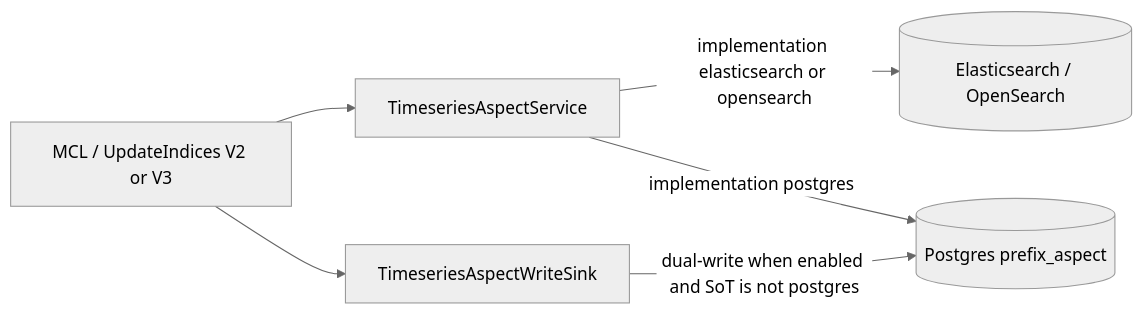
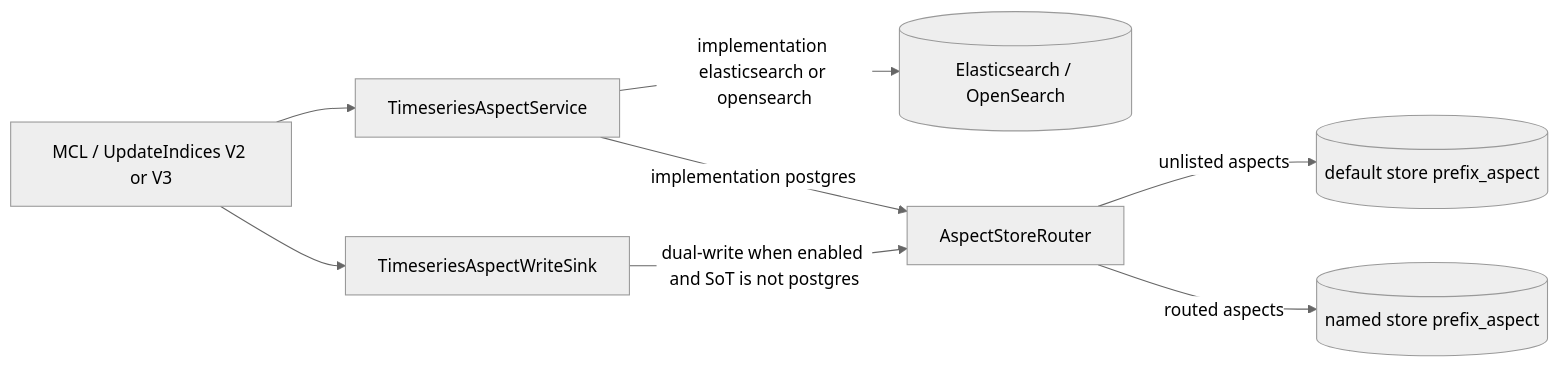
One commit to datahub-project/datahub changed the first of 2 diagrams in docs/pgtimeseries-design.md. Above: the diagram before and after it, drawn with Mermaid (neutral theme). The commit also changed other lines of this file and 30 other files, not shown here.

First line of the commit message:
feat(postgres): add multi-store pgTimeseries with aspect routing

````diff
--- a/docs/pgtimeseries-design.md
+++ b/docs/pgtimeseries-design.md
@@ -39,14 +40,18 @@
 ```mermaid
 flowchart LR
   MCL[MCL / UpdateIndices V2 or V3]
   TAS[TimeseriesAspectService]
   Sink[TimeseriesAspectWriteSink]
   ES[(Elasticsearch / OpenSearch)]
-  PG[(Postgres prefix_aspect)]
+  Router[AspectStoreRouter]
+  PG1[(default store prefix_aspect)]
+  PG2[(named store prefix_aspect)]
 
   MCL --> TAS
   MCL --> Sink
   TAS -->|implementation elasticsearch or opensearch| ES
-  TAS -->|implementation postgres| PG
-  Sink -->|dual-write when enabled and SoT is not postgres| PG
+  TAS -->|implementation postgres| Router
+  Sink -->|dual-write when enabled and SoT is not postgres| Router
+  Router -->|unlisted aspects| PG1
+  Router -->|routed aspects| PG2
 ```
````
